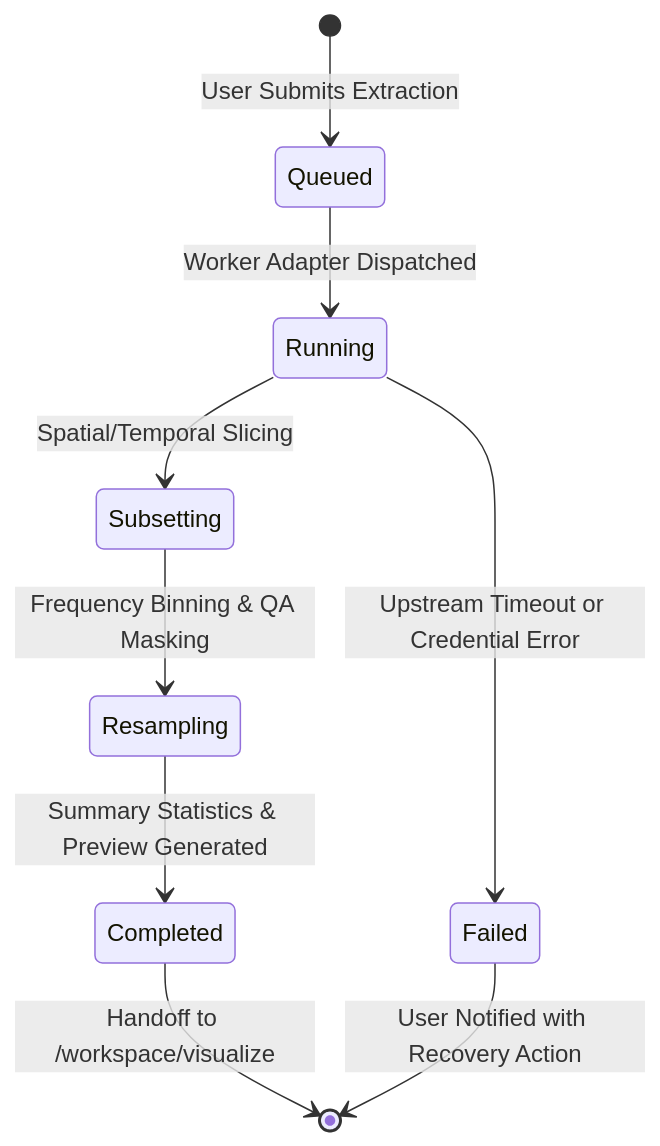
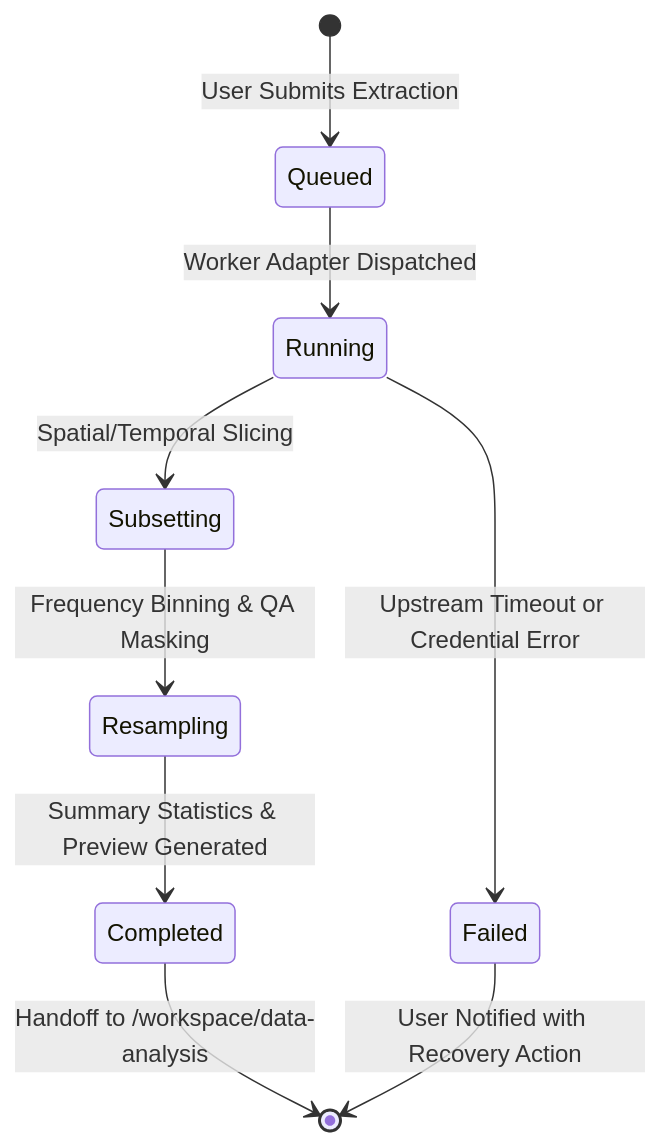
Before and after one commit to Iris-NASC26/iris: the second of 2 diagrams in model context/02_live_data_retrieval_and_providers.md, drawn with Mermaid. The commit also changed other lines of this file and 22 other files, not shown here.

Commit message:
data analysis page

````diff
--- a/model context/02_live_data_retrieval_and_providers.md
+++ b/model context/02_live_data_retrieval_and_providers.md
@@ -140,11 +140,11 @@
 ```mermaid
 stateDiagram-v2
     [*] --> Queued: User Submits Extraction
     Queued --> Running: Worker Adapter Dispatched
     Running --> Subsetting: Spatial/Temporal Slicing
     Subsetting --> Resampling: Frequency Binning & QA Masking
     Resampling --> Completed: Summary Statistics & Preview Generated
     Running --> Failed: Upstream Timeout or Credential Error
-    Completed --> [*]: Handoff to /workspace/visualize
+    Completed --> [*]: Handoff to /workspace/data-analysis
     Failed --> [*]: User Notified with Recovery Action
 ```
````
